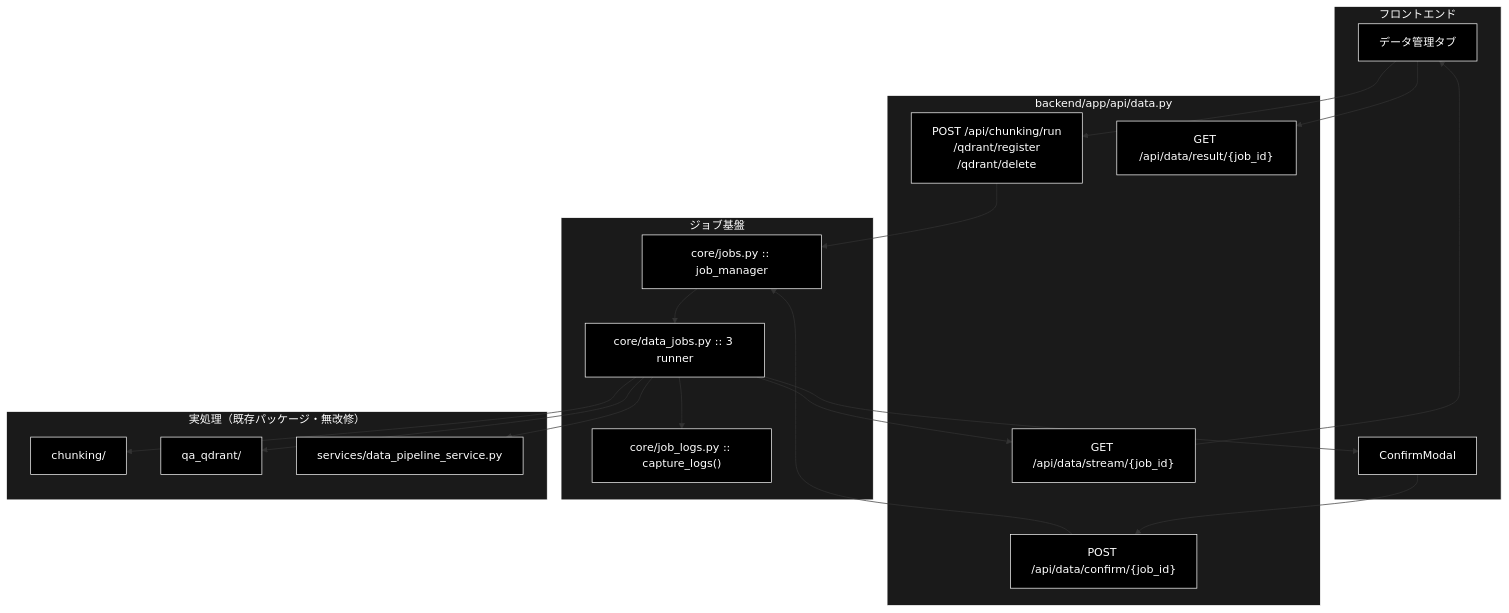
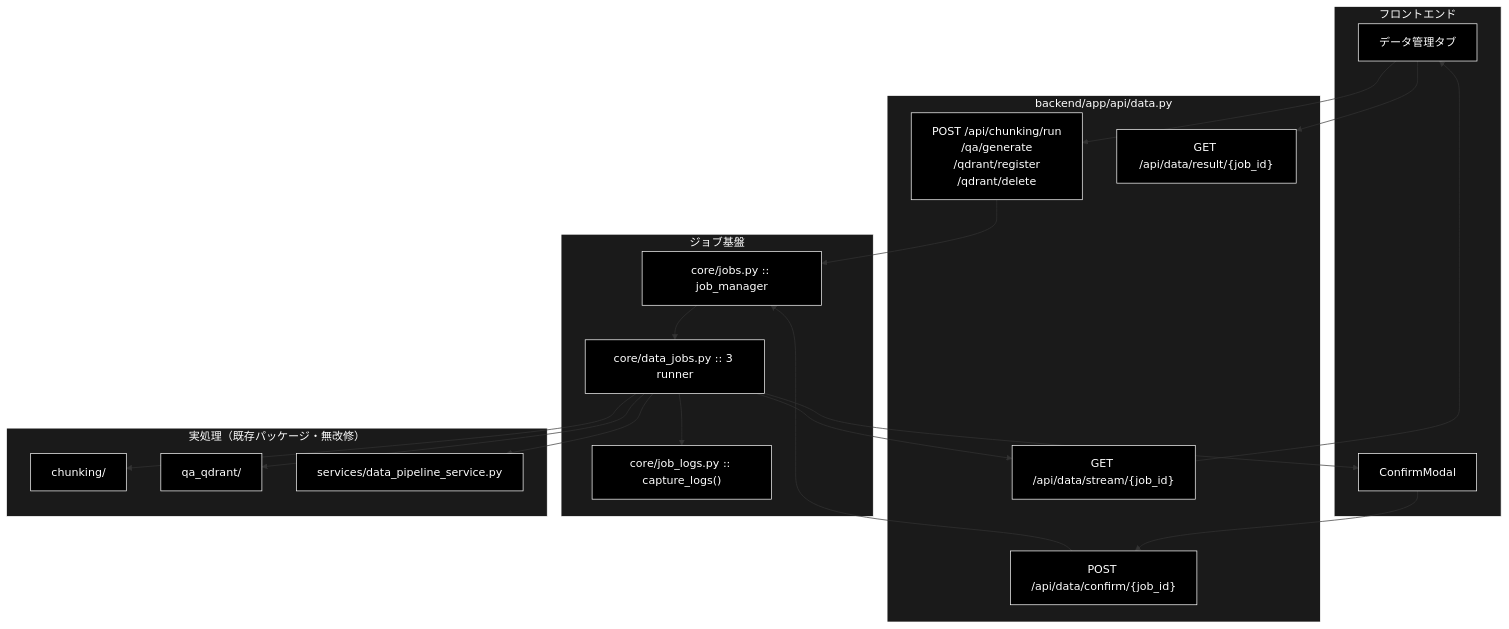
One commit to nakashima2toshio/grace_v2 changed the diagram in backend/docs/api_data.md. Above: the diagram before and after it, drawn with Mermaid. The commit also changed other lines of this file and 21 other files, not shown here.

````diff
--- a/backend/docs/api_data.md
+++ b/backend/docs/api_data.md
@@ -63,47 +64,47 @@
 ```mermaid
 flowchart TB
     subgraph CLIENT["フロントエンド"]
         UI["データ管理タブ"]
         MODAL["ConfirmModal"]
     end
 
     subgraph API["backend/app/api/data.py"]
-        POST3["POST /api/chunking/run<br/>/qdrant/register<br/>/qdrant/delete"]
+        POST3["POST /api/chunking/run<br/>/qa/generate<br/>/qdrant/register<br/>/qdrant/delete"]
         SSE["GET /api/data/stream/{job_id}"]
         CONFIRM["POST /api/data/confirm/{job_id}"]
         RESULT["GET /api/data/result/{job_id}"]
     end
 
     subgraph CORE["ジョブ基盤"]
         JM["core/jobs.py :: job_manager"]
         RUNNER["core/data_jobs.py :: 3 runner"]
         CAPTURE["core/job_logs.py :: capture_logs()"]
     end
 
     subgraph EXT["実処理（既存パッケージ・無改修）"]
         CHUNK["chunking/"]
         QAQ["qa_qdrant/"]
         SVC["services/data_pipeline_service.py"]
     end
 
     UI --> POST3
     POST3 --> JM
     JM --> RUNNER
     RUNNER --> CAPTURE
     RUNNER --> CHUNK
     RUNNER --> QAQ
     RUNNER --> SVC
     RUNNER --> SSE
     SSE --> UI
     RUNNER --> MODAL
     MODAL --> CONFIRM
     CONFIRM --> JM
     UI --> RESULT
 classDef default fill:#000,stroke:#fff,color:#fff
 classDef subgraphStyle fill:#1a1a1a,stroke:#fff,color:#fff
 class UI,MODAL,POST3,SSE,CONFIRM,RESULT,JM,RUNNER,CAPTURE,CHUNK,QAQ,SVC default
 style CLIENT fill:#1a1a1a,stroke:#fff,color:#fff
 style API fill:#1a1a1a,stroke:#fff,color:#fff
 style CORE fill:#1a1a1a,stroke:#fff,color:#fff
 style EXT fill:#1a1a1a,stroke:#fff,color:#fff
 ```
````
